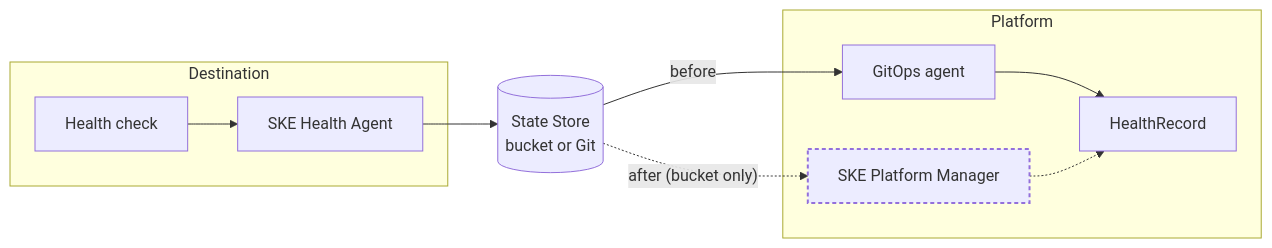
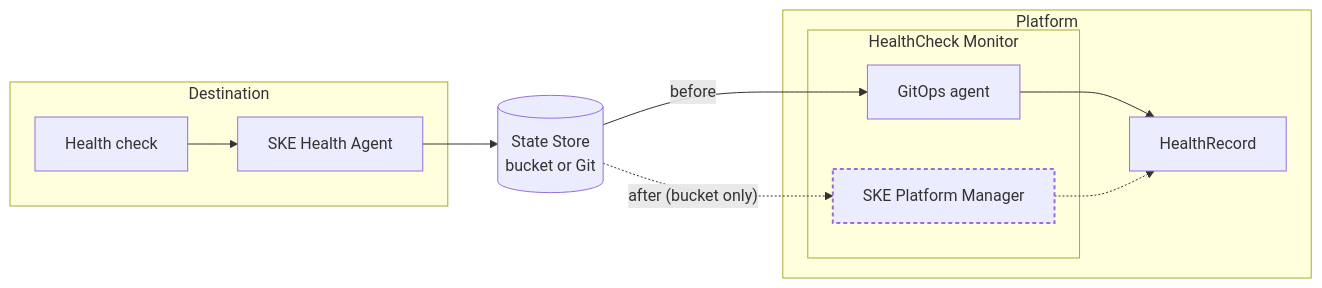
The diagram in docs/ske/05-guides/12-health-records-from-a-bucket.mdx (syntasso/kratix-docs), drawn with Mermaid before and after one commit.

Commit message:
docs: group the two platform components as the HealthCheck Monitor
The diagram showed the GitOps agent and the SKE Platform Manager as two
unrelated boxes on the platform, which loses the point the prose right below
it makes: they are the two forms of one thing, and this migration swaps one
for the other. A nested subgraph inside Platform says that visually.

Spelled HealthCheck Monitor, matching the term as the health checks guide
defines it, rather than Health Check Monitor.

````diff
--- a/docs/ske/05-guides/12-health-records-from-a-bucket.mdx
+++ b/docs/ske/05-guides/12-health-records-from-a-bucket.mdx
@@ -43,22 +43,24 @@
 ```mermaid
 flowchart LR
     subgraph destination[Destination]
         check[Health check]
         agent[SKE Health Agent]
     end
 
     store[("State Store<br/>bucket or Git")]
 
     subgraph platform[Platform]
-        gitops[GitOps agent]
-        spm[SKE Platform Manager]
+        subgraph monitor[HealthCheck Monitor]
+            gitops[GitOps agent]
+            spm[SKE Platform Manager]
+        end
         record[HealthRecord]
     end
 
     check --> agent --> store
     store -->|before| gitops --> record
     store -.->|"after (bucket only)"| spm -.-> record
 
     classDef new stroke-width:2px,stroke-dasharray:4 3
     class spm new
 ```
````
